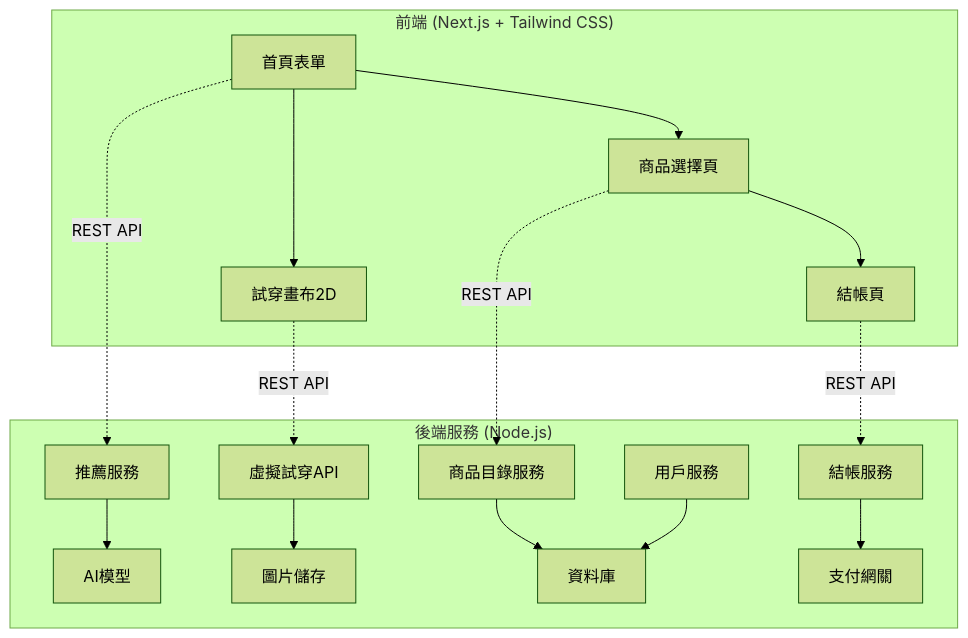
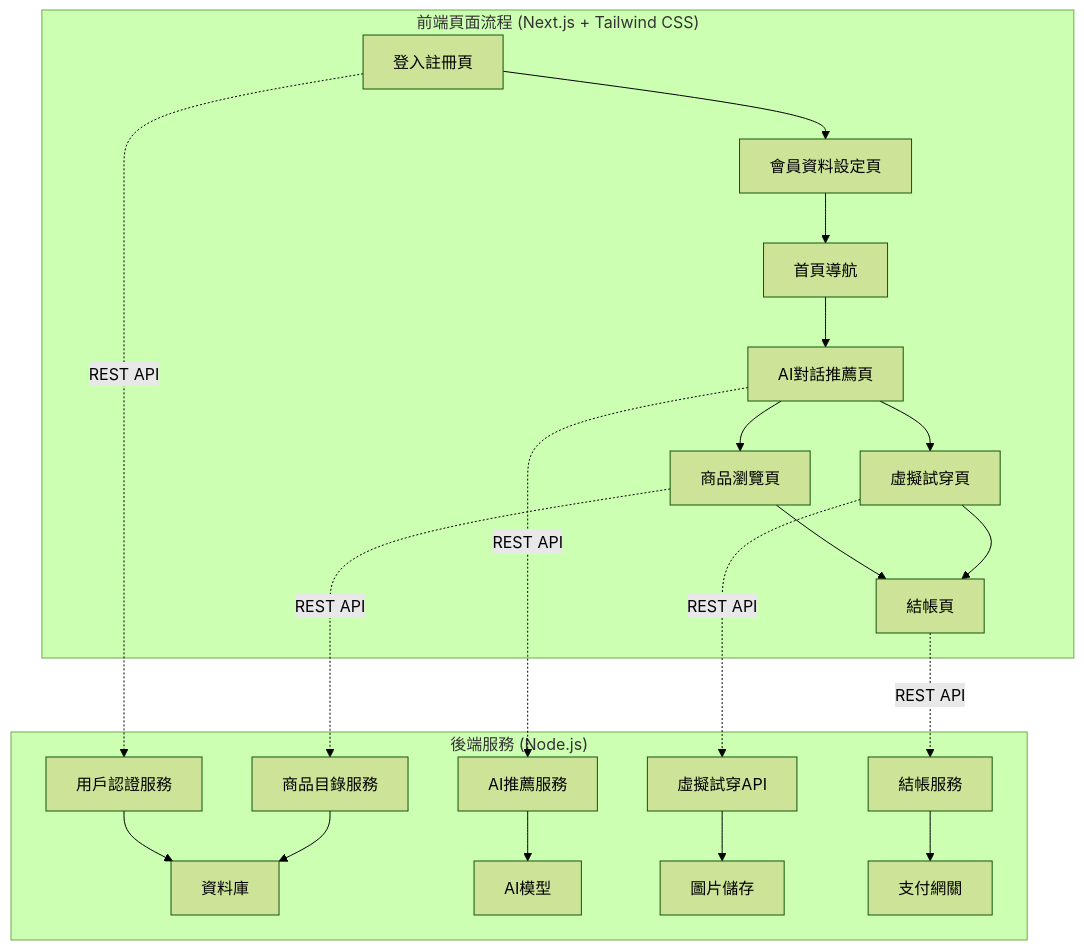
One commit to Amberh2616/STYLEMATE changed the diagram in DEVELOPER_DOCUMENTATION.md. Above: the diagram before and after it, drawn with Mermaid (forest theme). The commit also changed other lines of this file and 52 other files, not shown here.

````diff
--- a/DEVELOPER_DOCUMENTATION.md
+++ b/DEVELOPER_DOCUMENTATION.md
@@ -15,21 +15,26 @@
 ```mermaid
 graph TB
-    subgraph "前端 (Next.js + Tailwind CSS)"
-        A[首頁表單] --> B[試穿畫布2D]
-        A --> C[商品選擇頁]
-        C --> D[結帳頁]
+    subgraph "前端頁面流程 (Next.js + Tailwind CSS)"
+        A[登入註冊頁] --> B[會員資料設定頁]
+        B --> C[首頁導航]
+        C --> D[AI對話推薦頁]
+        D --> E[商品瀏覽頁]
+        D --> F[虛擬試穿頁]
+        E --> G[結帳頁]
+        F --> G
     end
     
     subgraph "後端服務 (Node.js)"
-        E[推薦服務] --> F[AI模型]
-        G[虛擬試穿API] --> H[圖片儲存]
-        I[商品目錄服務] --> J[資料庫]
-        K[結帳服務] --> L[支付網關]
-        M[用戶服務] --> J
+        H[用戶認證服務] --> M[資料庫]
+        I[AI推薦服務] --> N[AI模型]
+        J[虛擬試穿API] --> O[圖片儲存]
+        K[商品目錄服務] --> M
+        L[結帳服務] --> P[支付網關]
     end
     
-    A -.->|REST API| E
-    B -.->|REST API| G
-    C -.->|REST API| I
-    D -.->|REST API| K
+    A -.->|REST API| H
+    D -.->|REST API| I
+    F -.->|REST API| J
+    E -.->|REST API| K
+    G -.->|REST API| L
 ```
````
